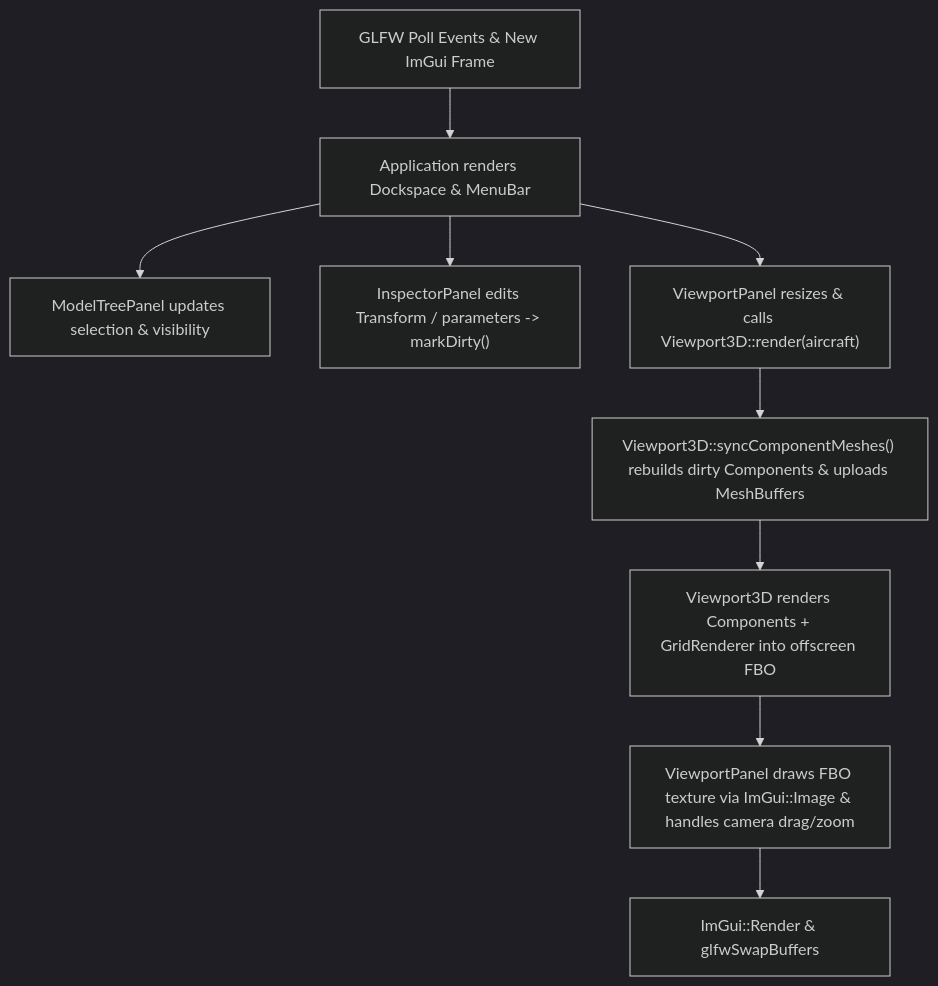
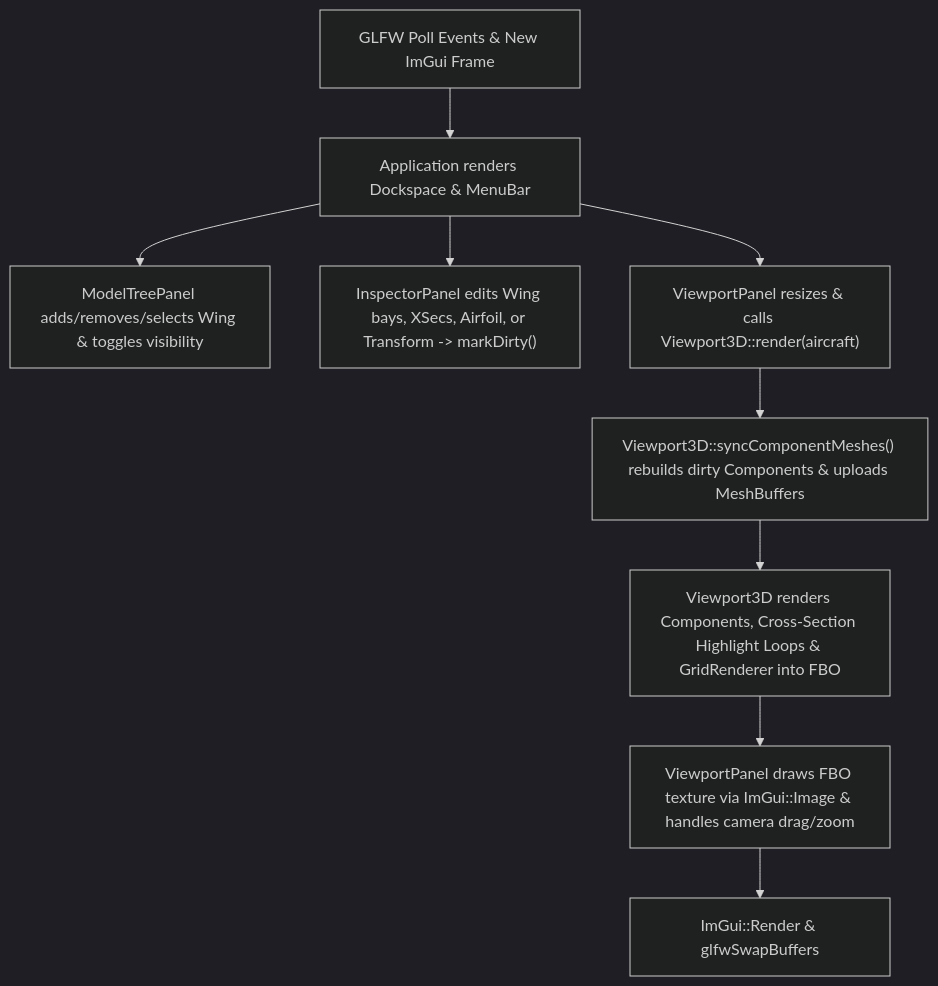
Before and after one commit to jadonmat/OpenPADS: the third of 3 diagrams in ARCHITECTURE.md, drawn with Mermaid (dark theme). The commit also changed other lines of this file and 30 other files, not shown here.

Commit message:
Implement Milestone 2: Airfoil library, Parameter, Wing lofting, and unified Inspector

````diff
--- a/ARCHITECTURE.md
+++ b/ARCHITECTURE.md
@@ -183,11 +240,11 @@
 ```mermaid
 flowchart TD
     Poll["GLFW Poll Events & New ImGui Frame"] --> Dock["Application renders Dockspace & MenuBar"]
-    Dock --> Tree["ModelTreePanel updates selection & visibility"]
-    Dock --> Insp["InspectorPanel edits Transform / parameters -> markDirty()"]
+    Dock --> Tree["ModelTreePanel adds/removes/selects Wing & toggles visibility"]
+    Dock --> Insp["InspectorPanel edits Wing bays, XSecs, Airfoil, or Transform -> markDirty()"]
     Dock --> VP["ViewportPanel resizes & calls Viewport3D::render(aircraft)"]
     VP --> Sync["Viewport3D::syncComponentMeshes() rebuilds dirty Components & uploads MeshBuffers"]
-    Sync --> Draw["Viewport3D renders Components + GridRenderer into offscreen FBO"]
+    Sync --> Draw["Viewport3D renders Components, Cross-Section Highlight Loops & GridRenderer into FBO"]
     Draw --> Display["ViewportPanel draws FBO texture via ImGui::Image & handles camera drag/zoom"]
     Display --> Present["ImGui::Render & glfwSwapBuffers"]
 ```
````
